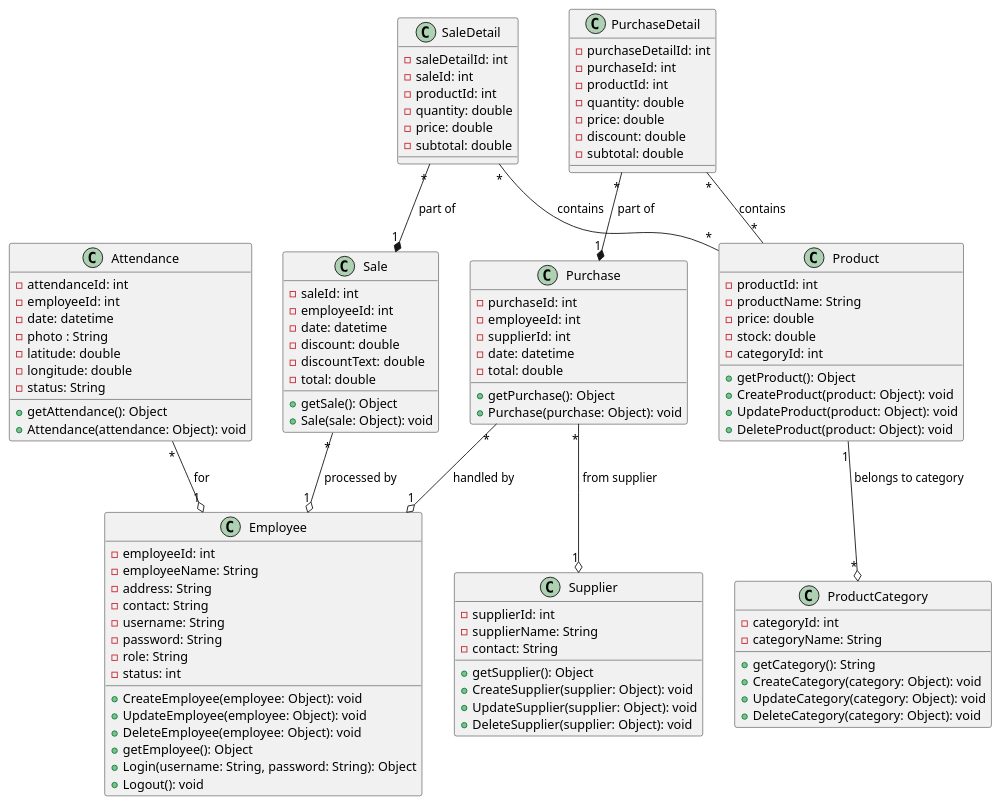
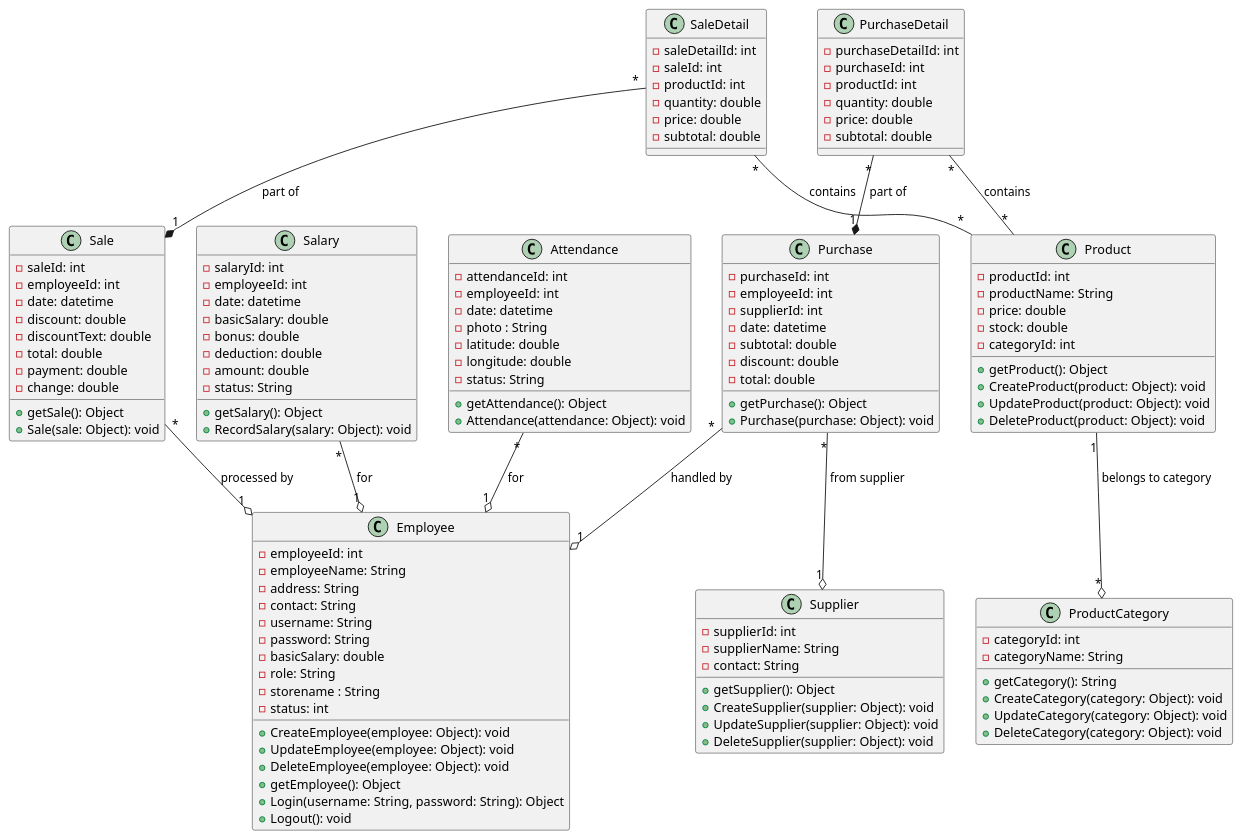
The diagram in DiagramClass.wsd (Fitranda/Diagram), drawn with PlantUML before and after one commit. The commit also changed 52 other files, not shown here.

```diff
--- a/DiagramClass.wsd
+++ b/DiagramClass.wsd
@@ -1,112 +1,131 @@
 @startuml DiagramClass_FREINZ
 class Employee {
     - employeeId: int
     - employeeName: String
     - address: String
     - contact: String
     - username: String
     - password: String
+    - basicSalary: double
     - role: String
+    - storename : String
     - status: int
     + CreateEmployee(employee: Object): void
     + UpdateEmployee(employee: Object): void
     + DeleteEmployee(employee: Object): void
     + getEmployee(): Object
     + Login(username: String, password: String): Object
     + Logout(): void
 }
 
 class Product {
     - productId: int
     - productName: String
     - price: double
     - stock: double
     - categoryId: int
     + getProduct(): Object
     + CreateProduct(product: Object): void
     + UpdateProduct(product: Object): void
     + DeleteProduct(product: Object): void
 }
 
 class ProductCategory {
     - categoryId: int
     - categoryName: String
     + getCategory(): String
     + CreateCategory(category: Object): void
     + UpdateCategory(category: Object): void
     + DeleteCategory(category: Object): void
 }
 
 class Attendance {
     - attendanceId: int
     - employeeId: int
     - date: datetime
     - photo : String
     - latitude: double
     - longitude: double
     - status: String
     + getAttendance(): Object
     + Attendance(attendance: Object): void
 }
 
 class Sale {
     - saleId: int
     - employeeId: int
     - date: datetime
     - discount: double
     - discountText: double
     - total: double
+    - payment: double
+    - change: double
     + getSale(): Object
     + Sale(sale: Object): void
 }
 
 class SaleDetail {
     - saleDetailId: int
     - saleId: int
     - productId: int
     - quantity: double
     - price: double
     - subtotal: double
 }
 
 class Purchase {
     - purchaseId: int
     - employeeId: int
     - supplierId: int
     - date: datetime
+    - subtotal: double
+    - discount: double
     - total: double
     + getPurchase(): Object
     + Purchase(purchase: Object): void
 }
 
 class PurchaseDetail {
     - purchaseDetailId: int
     - purchaseId: int
     - productId: int
     - quantity: double
     - price: double
-    - discount: double
     - subtotal: double
 }
 
 class Supplier {
     - supplierId: int
     - supplierName: String
     - contact: String
     + getSupplier(): Object
     + CreateSupplier(supplier: Object): void
     + UpdateSupplier(supplier: Object): void
     + DeleteSupplier(supplier: Object): void
 }
 
+class Salary {
+    - salaryId: int
+    - employeeId: int
+    - date: datetime
+    - basicSalary: double
+    - bonus: double
+    - deduction: double
+    - amount: double
+    - status: String
+    + getSalary(): Object
+    + RecordSalary(salary: Object): void
+}
+
+Salary "*" --o "1" Employee : " for"
 Product "1" --o "*" ProductCategory : " belongs to category"
 Sale "*" --o "1" Employee : " processed by"
 Purchase "*" --o "1" Employee : " handled by"
 Purchase "*" --o "1" Supplier : " from supplier"
 Attendance "*" --o "1" Employee : " for"
 SaleDetail "*" --* "1" Sale : " part of"
 SaleDetail "*" -- "*" Product : " contains"
 PurchaseDetail "*" --* "1" Purchase : " part of"
 PurchaseDetail "*" -- "*" Product : " contains"
 
 @enduml
```
